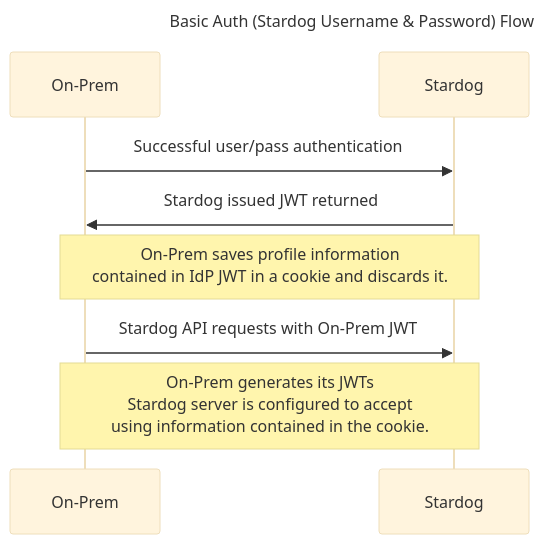
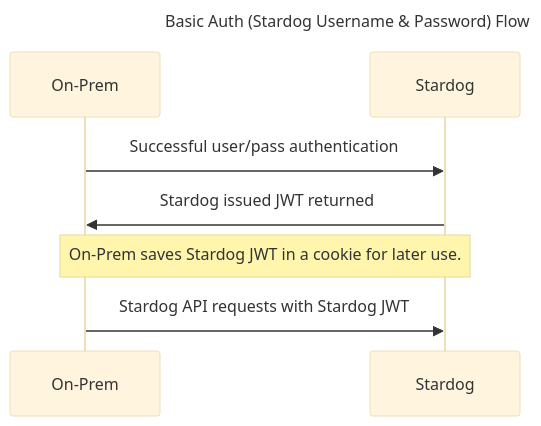
The first of 2 diagrams in README.md (stardog-union/launchpad-docs), drawn with Mermaid (base theme) before and after one commit.

Commit message:
doc: fix basic auth mermaid diagram (#3)

````diff
--- a/README.md
+++ b/README.md
@@ -26,9 +26,8 @@
 ```mermaid
 sequenceDiagram
   title Basic Auth (Stardog Username & Password) Flow
   On-Prem->>Stardog: Successful user/pass authentication
   Stardog->>On-Prem: Stardog issued JWT returned
-  Note over Stardog,On-Prem: On-Prem saves profile information <br> contained in IdP JWT in a cookie and discards it.
-  On-Prem->>Stardog: Stardog API requests with On-Prem JWT
-  Note over On-Prem,Stardog: On-Prem generates its JWTs <br> Stardog server is configured to accept <br> using information contained in the cookie.
+  Note over Stardog,On-Prem: On-Prem saves Stardog JWT in a cookie for later use.
+  On-Prem->>Stardog: Stardog API requests with Stardog JWT 
 ```
````
